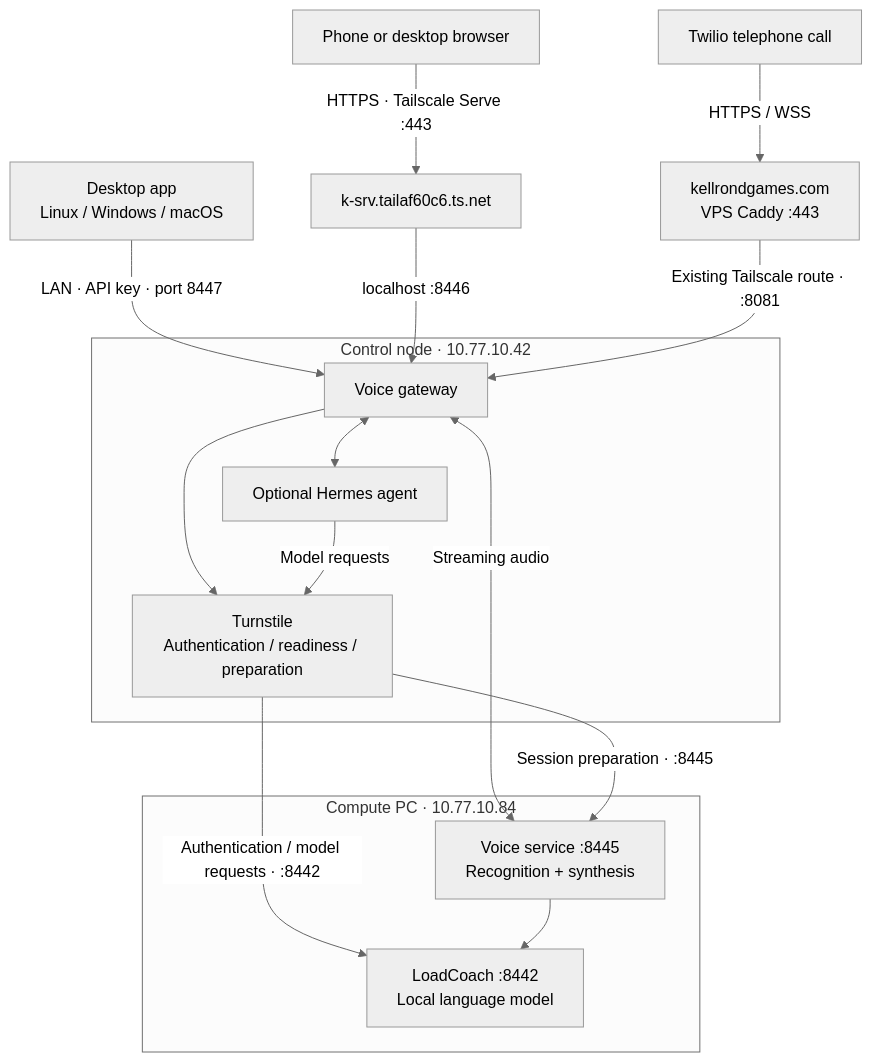
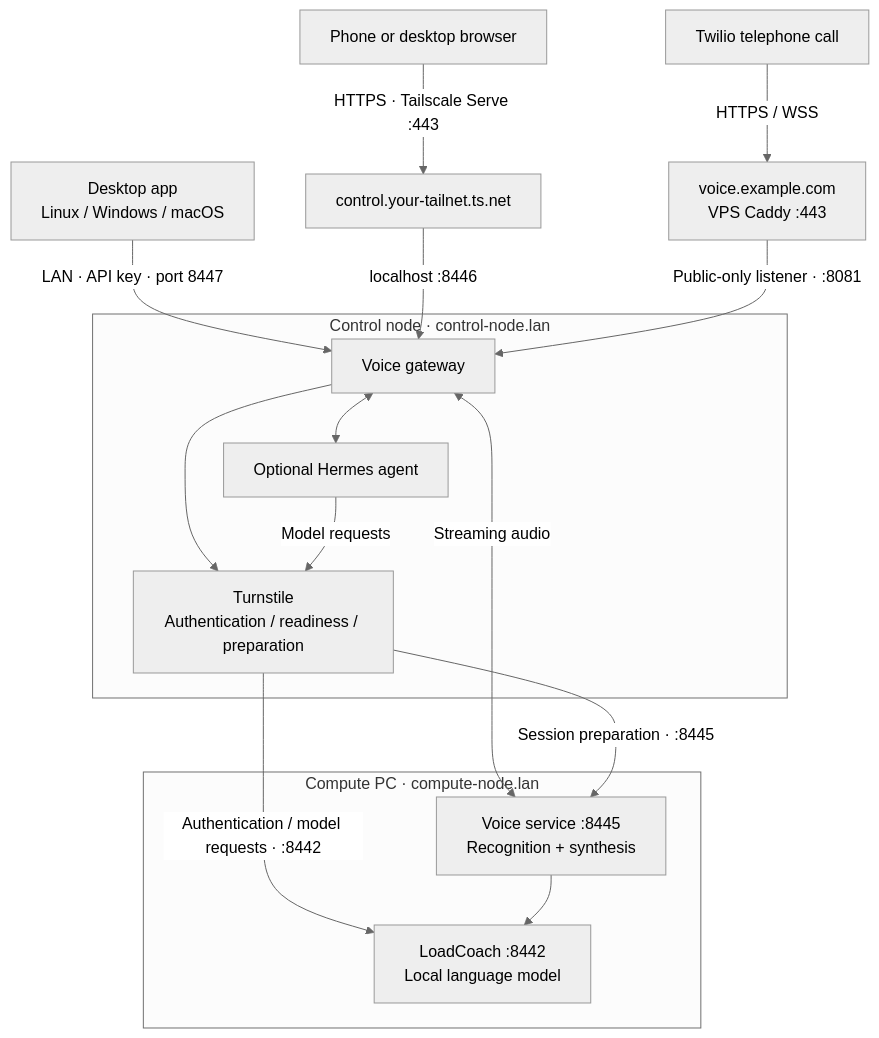
The first of 2 diagrams in voice/README.md (JPKell/openWeightGym), drawn with Mermaid (neutral theme) before and after one commit. The commit also changed other lines of this file and 21 other files, not shown here.

````diff
--- a/voice/README.md
+++ b/voice/README.md
@@ -13,31 +14,31 @@
 ```mermaid
 flowchart TD
     Desktop["Desktop app<br/>Linux / Windows / macOS"]
     Browser["Phone or desktop browser"]
     Twilio["Twilio telephone call"]
 
     Desktop -->|"LAN · API key · port 8447"| Gateway
-    Browser -->|"HTTPS · Tailscale Serve :443"| Serve["k-srv.tailaf60c6.ts.net"]
+    Browser -->|"HTTPS · Tailscale Serve :443"| Serve["control.your-tailnet.ts.net"]
     Serve -->|"localhost :8446"| Gateway
-    Twilio -->|"HTTPS / WSS"| VPS["kellrondgames.com<br/>VPS Caddy :443"]
-    VPS -->|"Existing Tailscale route · :8081"| Gateway
+    Twilio -->|"HTTPS / WSS"| VPS["voice.example.com<br/>VPS Caddy :443"]
+    VPS -->|"Public-only listener · :8081"| Gateway
 
-    subgraph Control node["Control node · 10.77.10.42"]
+    subgraph ControlNode["Control node · control-node.lan"]
         Gateway["Voice gateway"]
         Turnstile["Turnstile<br/>Authentication / readiness / preparation"]
         Hermes["Optional Hermes agent"]
         Gateway --> Turnstile
         Gateway <--> Hermes
     end
 
-    subgraph Compute["Compute PC · 10.77.10.84"]
+    subgraph Compute["Compute PC · compute-node.lan"]
         Voice["Voice service :8445<br/>Recognition + synthesis"]
         Model["LoadCoach :8442<br/>Local language model"]
     end
 
     Gateway <-->|"Streaming audio"| Voice
     Turnstile -->|"Session preparation · :8445"| Voice
     Turnstile -->|"Authentication / model requests · :8442"| Model
     Voice --> Model
     Hermes -->|"Model requests"| Turnstile
 ```
````
